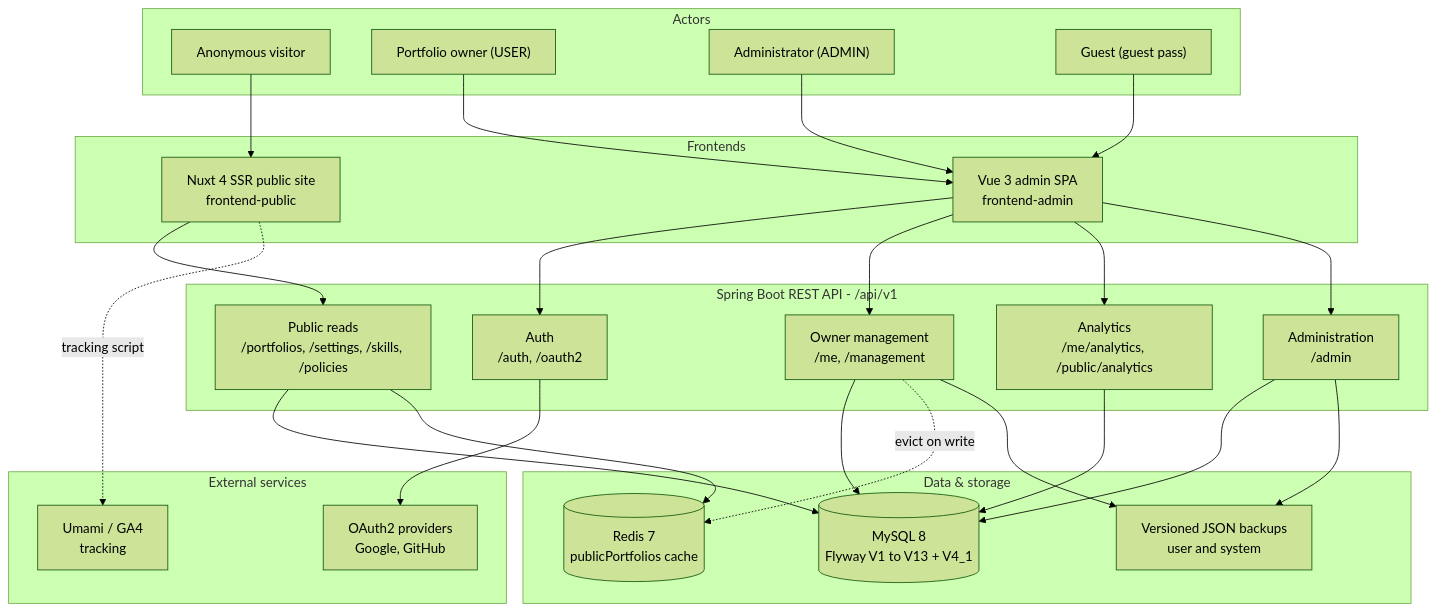
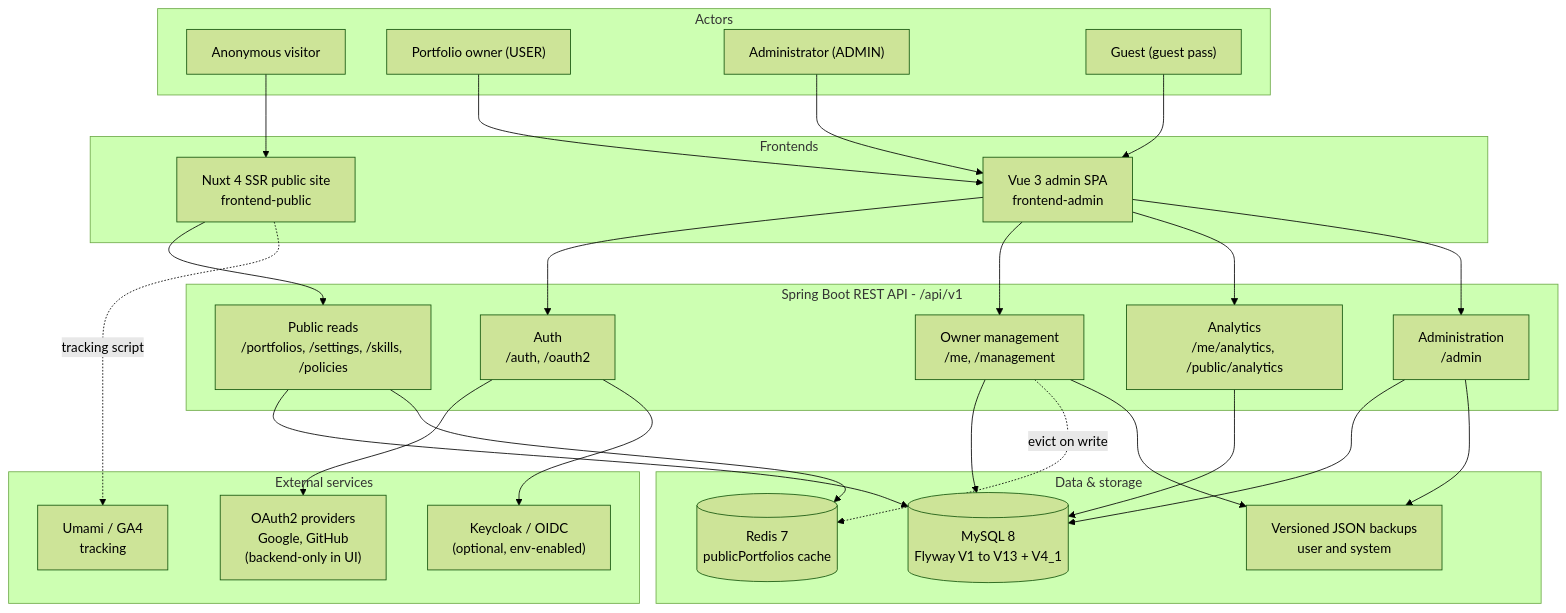
Before and after one commit to NemesisGuy/forkmyfolio-oss: the first of 7 diagrams in docs/DIAGRAMS.md, drawn with Mermaid (forest theme). The commit also changed other lines of this file and 47 other files, not shown here.

First line of the commit message:
feat(v1.3.0): Keycloak/OIDC provisions across the stack

````diff
--- a/docs/DIAGRAMS.md
+++ b/docs/DIAGRAMS.md
@@ -14,53 +14,55 @@
 ```mermaid
 flowchart TB
     subgraph Actors["Actors"]
         V["Anonymous visitor"]
         O["Portfolio owner (USER)"]
         A["Administrator (ADMIN)"]
         G["Guest (guest pass)"]
     end
 
     subgraph Frontends["Frontends"]
         N["Nuxt 4 SSR public site<br/>frontend-public"]
         S["Vue 3 admin SPA<br/>frontend-admin"]
     end
 
     subgraph API["Spring Boot REST API - /api/v1"]
         AUTH["Auth<br/>/auth, /oauth2"]
         MGMT["Owner management<br/>/me, /management"]
         PUB["Public reads<br/>/portfolios, /settings, /skills, /policies"]
         ADM["Administration<br/>/admin"]
         ANA["Analytics<br/>/me/analytics, /public/analytics"]
     end
 
     subgraph Data["Data &amp; storage"]
         DB[("MySQL 8<br/>Flyway V1 to V13 + V4_1")]
         RD[("Redis 7<br/>publicPortfolios cache")]
         BKP["Versioned JSON backups<br/>user and system"]
     end
 
     subgraph External["External services"]
-        P1["OAuth2 providers<br/>Google, GitHub"]
+        P1["OAuth2 providers<br/>Google, GitHub<br/>(backend-only in UI)"]
+        P3["Keycloak / OIDC<br/>(optional, env-enabled)"]
         P2["Umami / GA4<br/>tracking"]
     end
 
     V --> N
     G --> S
     O --> S
     A --> S
     N --> PUB
     S --> AUTH
     S --> MGMT
     S --> ANA
     S --> ADM
     AUTH --> P1
+    AUTH --> P3
     MGMT --> DB
     PUB --> DB
     ADM --> DB
     ANA --> DB
     PUB --> RD
     MGMT -. "evict on write" .-> RD
     MGMT --> BKP
     ADM --> BKP
     N -. "tracking script" .-> P2
 ```
````
